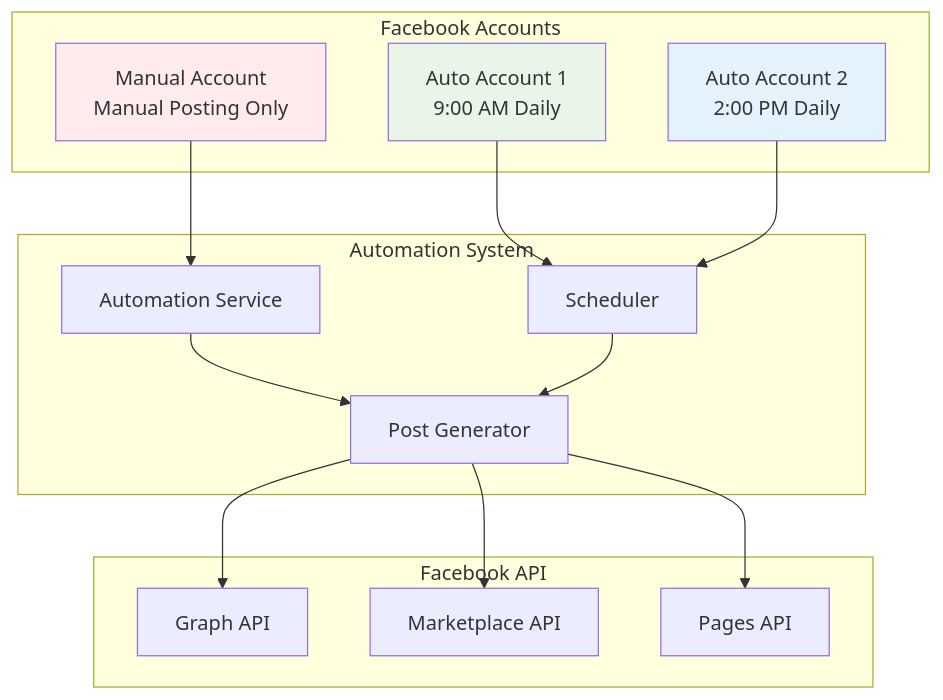
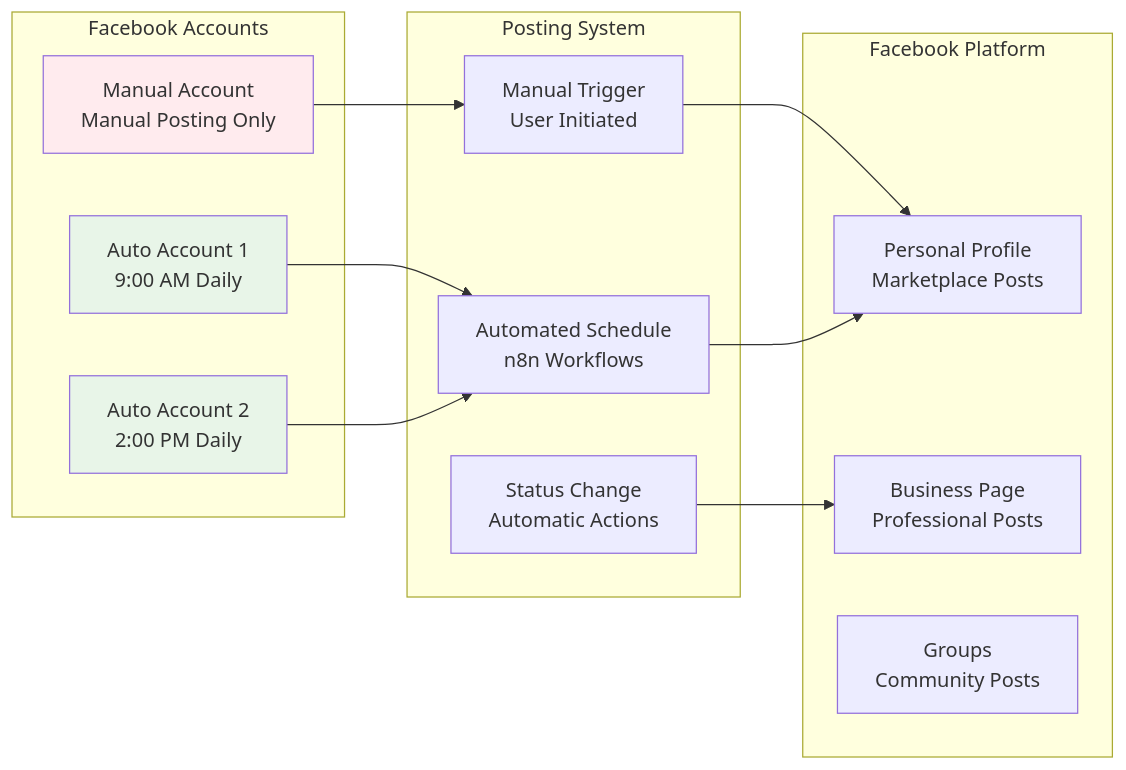
Before and after one commit to mg22mex/finalproject-mg: the fourth of 5 diagrams in README.md, drawn with Mermaid. The commit also changed other lines of this file and 61386 other files, not shown here.

First line of the commit message:
📚 Complete Documentation Update - Final System Status

````diff
--- a/README.md
+++ b/README.md
@@ -300,34 +290,31 @@
 ```mermaid
-graph TD
+graph LR
     subgraph "Facebook Accounts"
         A[Manual Account<br/>Manual Posting Only]
         B[Auto Account 1<br/>9:00 AM Daily]
         C[Auto Account 2<br/>2:00 PM Daily]
     end
     
-    subgraph "Automation System"
-        D[Automation Service]
-        E[Scheduler]
-        F[Post Generator]
+    subgraph "Posting System"
+        D[Manual Trigger<br/>User Initiated]
+        E[Automated Schedule<br/>n8n Workflows]
+        F[Status Change<br/>Automatic Actions]
     end
     
-    subgraph "Facebook API"
-        G[Graph API]
-        H[Marketplace API]
-        I[Pages API]
+    subgraph "Facebook Platform"
+        G[Personal Profile<br/>Marketplace Posts]
+        H[Business Page<br/>Professional Posts]
+        I[Groups<br/>Community Posts]
     end
     
     A --> D
     B --> E
     C --> E
-    
-    D --> F
-    E --> F
-    F --> G
+    D --> G
+    E --> G
     F --> H
-    F --> I
     
     style A fill:#ffebee
     style B fill:#e8f5e8
-    style C fill:#e3f2fd
+    style C fill:#e8f5e8
 ```
````
